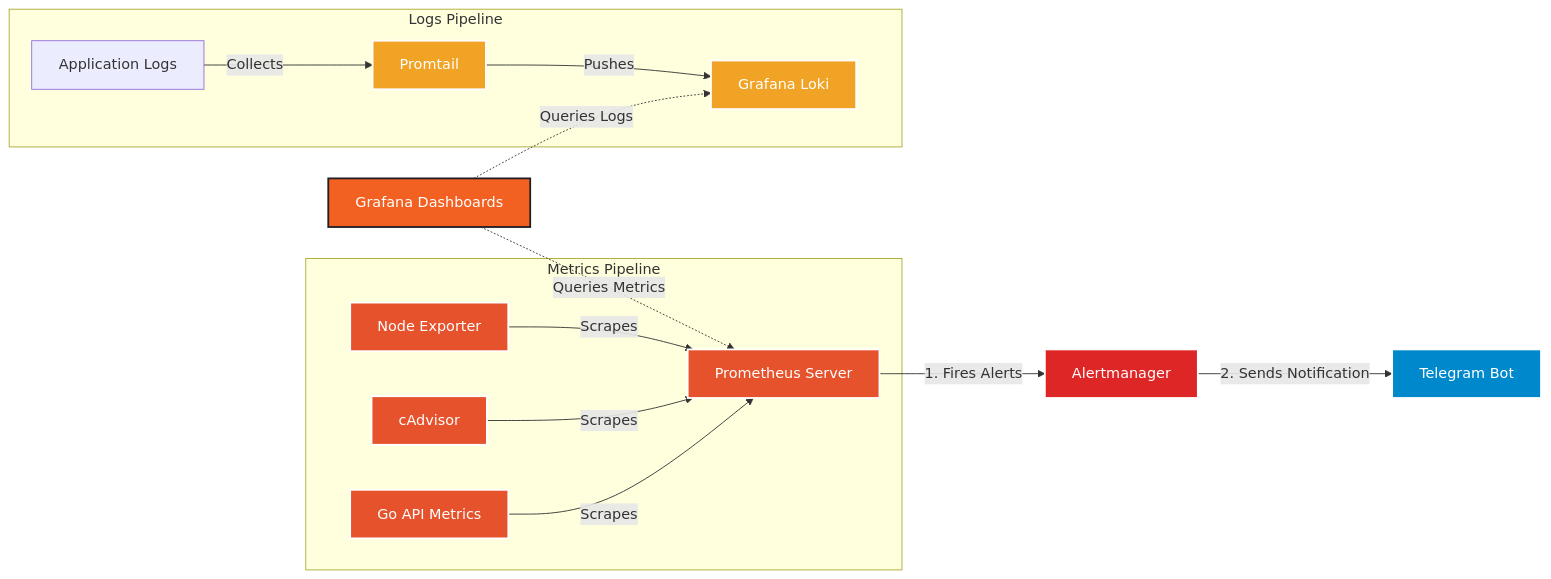
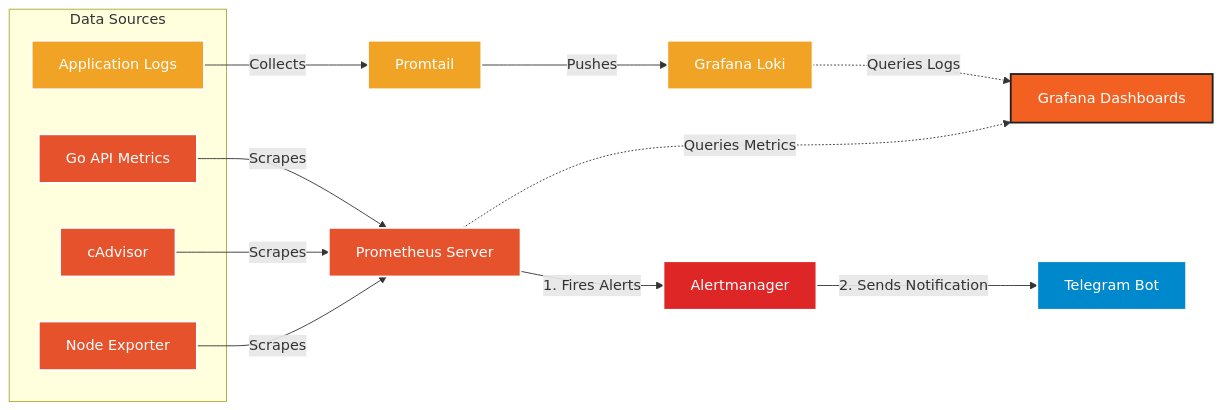
One commit to whosthefunkyy/monitoring changed the diagram in README.md. Above: the diagram before and after it, drawn with Mermaid. The commit also changed other lines of this file, not shown here.

````diff
--- a/README.md
+++ b/README.md
@@ -1,34 +1,37 @@
 ```mermaid
 graph LR
     %% Стилизация блоков
     classDef collector fill:#E6522C,stroke:#fff,stroke-width:2px,color:#fff;
     classDef prom fill:#E6522C,stroke:#fff,stroke-width:2px,color:#fff;
     classDef loki fill:#F1A325,stroke:#fff,stroke-width:2px,color:#fff;
     classDef grafana fill:#F26122,stroke:#fff,stroke-width:2px,color:#fff;
     classDef alert fill:#DF2626,stroke:#fff,stroke-width:2px,color:#fff;
     classDef tg fill:#0088cc,stroke:#fff,stroke-width:2px,color:#fff;
 
-    %% Секция Метрик (Prometheus)
-    subgraph Metrics_Pipeline [Metrics Pipeline]
-        Node[Node Exporter]:::collector -->|Scrapes| Prom[Prometheus Server]:::prom
-        Cadvisor[cAdvisor]:::collector -->|Scrapes| Prom
-        GoAPI[Go API Metrics]:::collector -->|Scrapes| Prom
+    %% Источники данных (Слева)
+    subgraph Data_Sources [Data Sources]
+        Node[Node Exporter]:::collector
+        Cadvisor[cAdvisor]:::collector
+        GoAPI[Go API Metrics]:::collector
+        Logs[Application Logs]:::loki
     end
 
-    %% Секция Логов (Loki)
-    subgraph Logs_Pipeline [Logs Pipeline]
-        Logs[Application Logs] -->|Collects| Tail[Promtail]:::loki
-        Tail -->|Pushes| Loki[Grafana Loki]:::loki
-    end
+    %% Сборщики и Хранилища (В центре)
+    Logs -->|Collects| Tail[Promtail]:::loki
+    Tail -->|Pushes| Loki[Grafana Loki]:::loki
 
-    %% Визуализация и Алертинг
+    Node -->|Scrapes| Prom[Prometheus Server]:::prom
+    Cadvisor -->|Scrapes| Prom
+    GoAPI -->|Scrapes| Prom
+
+    %% Визуализация и Алертинг (Справа)
+    Grafana[Grafana Dashboards]:::grafana
+    Prom -.->|Queries Metrics| Grafana
+    Loki -.->|Queries Logs| Grafana
+
     Prom -->|1. Fires Alerts| AM[Alertmanager]:::alert
     AM -->|2. Sends Notification| TG[Telegram Bot]:::tg
 
-    %% Grafana как единый UI
-    Grafana[Grafana Dashboards]:::grafana -.->|Queries Metrics| Prom
-    Grafana -.->|Queries Logs| Loki
-
-    %% Настройка связей для Grafana
+    %% Принудительное выравнивание для красивой сетки
     style Grafana fill:#F26122,stroke:#1F1F22,stroke-width:2px,color:#fff;
 ```
````
